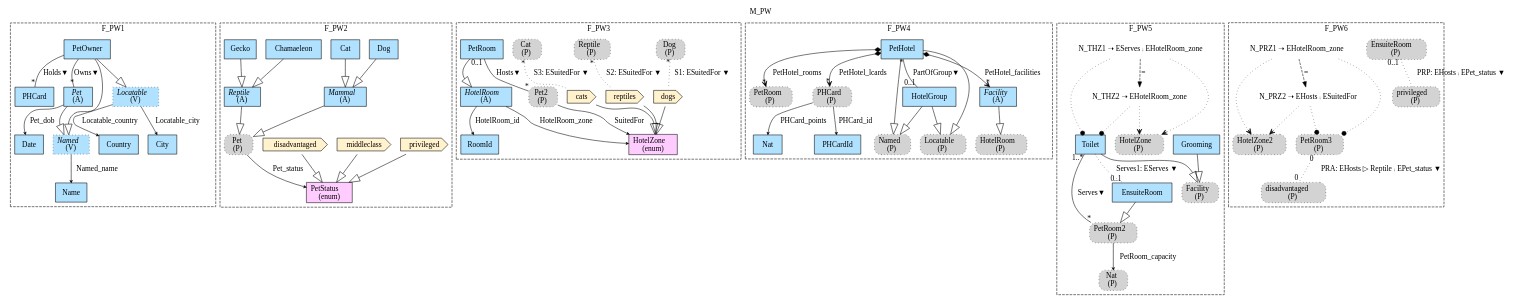
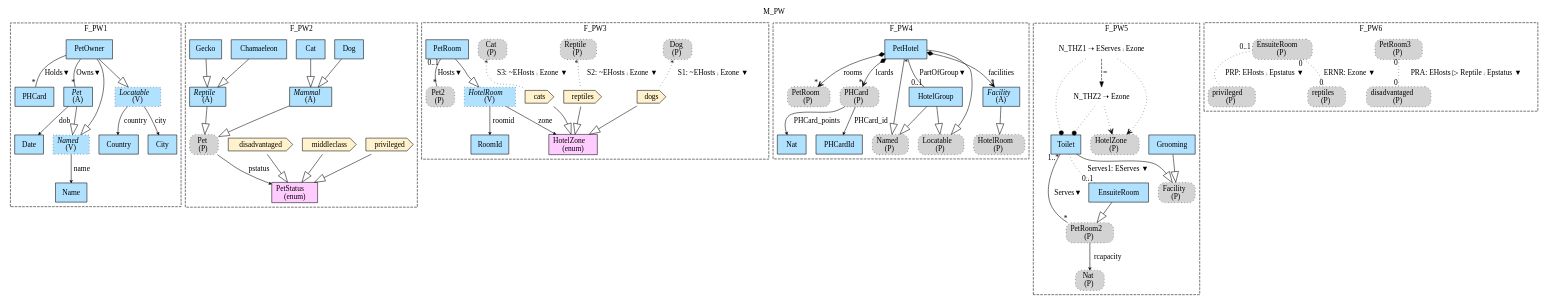
The diagram in Haskell/FragmentaTests/PetsWorld/img/M_PW_Mdl.gv (namalio/Fragmenta), drawn with Graphviz before and after one commit. The commit also changed 25 other files, not shown here.

```diff
--- a/Haskell/FragmentaTests/PetsWorld/img/M_PW_Mdl.gv
+++ b/Haskell/FragmentaTests/PetsWorld/img/M_PW_Mdl.gv
@@ -1,165 +1,156 @@
 digraph {graph[label=M_PW,labelloc=tl,labelfontsize=12];
 subgraph cluster_F_PW1{style=dashed;label=F_PW1;
 "Name"[shape=record,fillcolor=lightskyblue1,style = filled,label="Name"];
 "Country"[shape=record,fillcolor=lightskyblue1,style = filled,label="Country"];
 "City"[shape=record,fillcolor=lightskyblue1,style = filled,label="City"];
 "Date"[shape=record,fillcolor=lightskyblue1,style = filled,label="Date"];
 "PHCard"[shape=record,fillcolor=lightskyblue1,style = filled,label="PHCard"];
 "Pet"[shape=record,fillcolor=lightskyblue1,style = filled,label=<{<I>Pet</I><br/>(A)}>];
 "Named"[shape=record,fillcolor=lightskyblue1,style ="filled,dotted",label=<{<I>Named</I><br/>(V)}>];
 "PetOwner"[shape=record,fillcolor=lightskyblue1,style = filled,label="PetOwner"];
 "Locatable"[shape=record,fillcolor=lightskyblue1,style ="filled,dotted",label=<{<I>Locatable</I><br/>(V)}>];
 
-"Named"->"Name"[label="Named_name",arrowhead=vee,headlabel="",arrowsize=.5];
-"Locatable"->"Country"[label="Locatable_country",arrowhead=vee,headlabel="",arrowsize=.5];
-"Locatable"->"City"[label="Locatable_city",arrowhead=vee,headlabel="",arrowsize=.5];
-"Pet"->"Date"[label="Pet_dob",arrowhead=vee,headlabel="",arrowsize=.5];
+"Named"->"Name"[label="name",arrowhead=vee,headlabel="",arrowsize=.5];
+"Locatable"->"Country"[label="country",arrowhead=vee,headlabel="",arrowsize=.5];
+"Locatable"->"City"[label="city",arrowhead=vee,headlabel="",arrowsize=.5];
+"Pet"->"Date"[label="dob",arrowhead=vee,headlabel="",arrowsize=.5];
 "PetOwner"->"Pet"[label="Owns▼",dir=none,taillabel="",headlabel="*"];
 "PetOwner"->"PHCard"[label="Holds▼",dir=none,taillabel="",headlabel="*"];
 "Pet"->"Named"[arrowhead=onormal,arrowsize=2.0];
 "PetOwner"->"Named"[arrowhead=onormal,arrowsize=2.0];
 "PetOwner"->"Locatable"[arrowhead=onormal,arrowsize=2.0];
 
 }
 subgraph cluster_F_PW2{style=dashed;label=F_PW2;
 "privileged"[shape=cds,fillcolor="#FFF2CC",style = filled,label="privileged"];
 "middleclass"[shape=cds,fillcolor="#FFF2CC",style = filled,label="middleclass"];
 "disadvantaged"[shape=cds,fillcolor="#FFF2CC",style = filled,label="disadvantaged"];
 "PetStatus"[shape=record,fillcolor="#FFCCFF",style = filled,label="PetStatus\l(enum)"];
 "PPet"[shape=box,fillcolor=lightgray,style ="rounded,filled,dotted",label=<Pet<br/>(P)>];
 "Dog"[shape=record,fillcolor=lightskyblue1,style = filled,label="Dog"];
 "Cat"[shape=record,fillcolor=lightskyblue1,style = filled,label="Cat"];
 "Mammal"[shape=record,fillcolor=lightskyblue1,style = filled,label=<{<I>Mammal</I><br/>(A)}>];
 "Chamaeleon"[shape=record,fillcolor=lightskyblue1,style = filled,label="Chamaeleon"];
 "Gecko"[shape=record,fillcolor=lightskyblue1,style = filled,label="Gecko"];
 "Reptile"[shape=record,fillcolor=lightskyblue1,style = filled,label=<{<I>Reptile</I><br/>(A)}>];
 
 "privileged"->"PetStatus"[arrowhead=onormal,arrowsize=2.0];
 "middleclass"->"PetStatus"[arrowhead=onormal,arrowsize=2.0];
 "disadvantaged"->"PetStatus"[arrowhead=onormal,arrowsize=2.0];
-"PPet"->"PetStatus"[label="Pet_status",arrowhead=vee,headlabel="",arrowsize=.5];
+"PPet"->"PetStatus"[label="pstatus",arrowhead=vee,headlabel="",arrowsize=.5];
 "Mammal"->"PPet"[arrowhead=onormal,arrowsize=2.0];
 "Reptile"->"PPet"[arrowhead=onormal,arrowsize=2.0];
 "Dog"->"Mammal"[arrowhead=onormal,arrowsize=2.0];
 "Cat"->"Mammal"[arrowhead=onormal,arrowsize=2.0];
 "Chamaeleon"->"Reptile"[arrowhead=onormal,arrowsize=2.0];
 "Gecko"->"Reptile"[arrowhead=onormal,arrowsize=2.0];
 
 }
 
 subgraph cluster_F_PW3{style=dashed;label=F_PW3;
 "PPet2"[shape=box,fillcolor=lightgray,style ="rounded,filled,dotted",label=<Pet2<br/>(P)>];
 "RoomId"[shape=record,fillcolor=lightskyblue1,style = filled,label="RoomId"];
 "HotelZone"[shape=record,fillcolor="#FFCCFF",style = filled,label="HotelZone\l(enum)"];
 "PDog"[shape=box,fillcolor=lightgray,style ="rounded,filled,dotted",label=<Dog<br/>(P)>];
 "dogs"[shape=cds,fillcolor="#FFF2CC",style = filled,label="dogs"];
 "PReptile"[shape=box,fillcolor=lightgray,style ="rounded,filled,dotted",label=<Reptile<br/>(P)>];
 "reptiles"[shape=cds,fillcolor="#FFF2CC",style = filled,label="reptiles"];
 "PCat"[shape=box,fillcolor=lightgray,style ="rounded,filled,dotted",label=<Cat<br/>(P)>];
 "cats"[shape=cds,fillcolor="#FFF2CC",style = filled,label="cats"];
 "PetRoom"[shape=record,fillcolor=lightskyblue1,style = filled,label="PetRoom"];
-"HotelRoom"[shape=record,fillcolor=lightskyblue1,style = filled,label=<{<I>HotelRoom</I><br/>(A)}>];
+"HotelRoom"[shape=record,fillcolor=lightskyblue1,style ="filled,dotted",label=<{<I>HotelRoom</I><br/>(V)}>];
 
 "dogs"->"HotelZone"[arrowhead=onormal,arrowsize=2.0];
 "reptiles"->"HotelZone"[arrowhead=onormal,arrowsize=2.0];
 "cats"->"HotelZone"[arrowhead=onormal,arrowsize=2.0];
 "PetRoom"->"PPet2"[label="Hosts▼",dir=none,taillabel="0..1",headlabel="*"];
-"PPet2"->"HotelZone"[label="SuitedFor",arrowhead=vee,headlabel="",arrowsize=.5];
-"HotelRoom"->"RoomId"[label="HotelRoom_id",arrowhead=vee,headlabel="",arrowsize=.5];
-"HotelRoom"->"HotelZone"[label="HotelRoom_zone",arrowhead=vee,headlabel="",arrowsize=.5];
-"PDog"->"dogs"[label="S1: ESuitedFor ▼",dir=none,taillabel="*",headlabel="",style=dotted];
-"PReptile"->"reptiles"[label="S2: ESuitedFor ▼",dir=none,taillabel="*",headlabel="",style=dotted];
-"PCat"->"cats"[label="S3: ESuitedFor ▼",dir=none,taillabel="*",headlabel="",style=dotted];
+"HotelRoom"->"RoomId"[label="roomid",arrowhead=vee,headlabel="",arrowsize=.5];
+"HotelRoom"->"HotelZone"[label="zone",arrowhead=vee,headlabel="",arrowsize=.5];
+"PDog"->"dogs"[label="S1: ~EHosts ⨾ Ezone ▼",dir=none,taillabel="*",headlabel="",style=dotted];
+"PReptile"->"reptiles"[label="S2: ~EHosts ⨾ Ezone ▼",dir=none,taillabel="*",headlabel="",style=dotted];
+"PCat"->"cats"[label="S3: ~EHosts ⨾ Ezone ▼",dir=none,taillabel="*",headlabel="",style=dotted];
 "PetRoom"->"HotelRoom"[arrowhead=onormal,arrowsize=2.0];
 
 }
 
 
 
 
 subgraph cluster_F_PW4{style=dashed;label=F_PW4;
 "PPetRoom"[shape=box,fillcolor=lightgray,style ="rounded,filled,dotted",label=<PetRoom<br/>(P)>];
 "Nat"[shape=record,fillcolor=lightskyblue1,style = filled,label="Nat"];
 "PPHCard"[shape=box,fillcolor=lightgray,style ="rounded,filled,dotted",label=<PHCard<br/>(P)>];
 "PHCardId"[shape=record,fillcolor=lightskyblue1,style = filled,label="PHCardId"];
 "PetHotel"[shape=record,fillcolor=lightskyblue1,style = filled,label="PetHotel"];
 "PNamed"[shape=box,fillcolor=lightgray,style ="rounded,filled,dotted",label=<Named<br/>(P)>];
 "HotelGroup"[shape=record,fillcolor=lightskyblue1,style = filled,label="HotelGroup"];
 "PLocatable"[shape=box,fillcolor=lightgray,style ="rounded,filled,dotted",label=<Locatable<br/>(P)>];
 "Facility"[shape=record,fillcolor=lightskyblue1,style = filled,label=<{<I>Facility</I><br/>(A)}>];
 "PHotelRoom"[shape=box,fillcolor=lightgray,style ="rounded,filled,dotted",label=<HotelRoom<br/>(P)>];
 
 "PetHotel"->"HotelGroup"[label="PartOfGroup▼",dir=none,taillabel="*",headlabel="0..1"];
-"PetHotel"->"PPHCard"[label="PetHotel_lcards",arrowhead=vee,arrowtail=diamond,dir=both,headlabel="*"];
-"PetHotel"->"Facility"[label="PetHotel_facilities",arrowhead=vee,arrowtail=diamond,dir=both,headlabel="*"];
-"PetHotel"->"PPetRoom"[label="PetHotel_rooms",arrowhead=vee,arrowtail=diamond,dir=both,headlabel="*"];
+"PetHotel"->"PPHCard"[label="lcards",arrowhead=vee,arrowtail=diamond,dir=both,headlabel="*"];
+"PetHotel"->"Facility"[label="facilities",arrowhead=vee,arrowtail=diamond,dir=both,headlabel="*"];
+"PetHotel"->"PPetRoom"[label="rooms",arrowhead=vee,arrowtail=diamond,dir=both,headlabel="*"];
 "PPHCard"->"Nat"[label="PHCard_points",arrowhead=vee,headlabel="",arrowsize=.5];
 "PPHCard"->"PHCardId"[label="PHCard_id",arrowhead=vee,headlabel="",arrowsize=.5];
 "PetHotel"->"PNamed"[arrowhead=onormal,arrowsize=2.0];
 "PetHotel"->"PLocatable"[arrowhead=onormal,arrowsize=2.0];
 "HotelGroup"->"PNamed"[arrowhead=onormal,arrowsize=2.0];
 "HotelGroup"->"PLocatable"[arrowhead=onormal,arrowsize=2.0];
 "Facility"->"PHotelRoom"[arrowhead=onormal,arrowsize=2.0];
 
 }
 
 
 
 
 
 subgraph cluster_F_PW5{style=dashed;label=F_PW5;
 "PNat"[shape=box,fillcolor=lightgray,style ="rounded,filled,dotted",label=<Nat<br/>(P)>];
 "Grooming"[shape=record,fillcolor=lightskyblue1,style = filled,label="Grooming"];
 "PFacility"[shape=box,fillcolor=lightgray,style ="rounded,filled,dotted",label=<Facility<br/>(P)>];
 "PPetRoom2"[shape=box,fillcolor=lightgray,style ="rounded,filled,dotted",label=<PetRoom2<br/>(P)>];
 "EnsuiteRoom"[shape=record,fillcolor=lightskyblue1,style = filled,label="EnsuiteRoom"];
 "Toilet"[shape=record,fillcolor=lightskyblue1,style = filled,label="Toilet"];
 "PHotelZone"[shape=box,fillcolor=lightgray,style ="rounded,filled,dotted",label=<HotelZone<br/>(P)>];
 
-"PPetRoom2"->"PNat"[label="PetRoom_capacity",arrowhead=vee,headlabel="",arrowsize=.5];
+"PPetRoom2"->"PNat"[label="rcapacity",arrowhead=vee,headlabel="",arrowsize=.5];
 "EnsuiteRoom"->"PPetRoom2"[arrowhead=onormal,arrowsize=2.0];
 "Toilet"->"PFacility"[arrowhead=onormal,arrowsize=2.0];
 "Grooming"->"PFacility"[arrowhead=onormal,arrowsize=2.0];
 "Toilet"->"PPetRoom2"[label="Serves▼",dir=none,taillabel="1..*",headlabel="*"];
 "Toilet"->"EnsuiteRoom"[label="Serves1: EServes ▼",dir=none,taillabel="",headlabel="0..1",style=dotted];
-"N_THZ1"[shape=none,label="N_THZ1 ➝ EServes ⨾ EHotelRoom_zone"];
+"N_THZ1"[shape=none,label="N_THZ1 ➝ EServes ⨾ Ezone"];
 "N_THZ1"->"Toilet"[arrowhead=dot,style=dotted];
 "N_THZ1"->"PHotelZone"[arrowhead=vee,style=dotted];
 
-"N_THZ2"[shape=none,label="N_THZ2 ➝ EHotelRoom_zone"];
+"N_THZ2"[shape=none,label="N_THZ2 ➝ Ezone"];
 "N_THZ2"->"Toilet"[arrowhead=dot,style=dotted];
 "N_THZ2"->"PHotelZone"[arrowhead=vee,style=dotted];
 
 "N_THZ1"->"N_THZ2"[arrowhead=normal,style=dashed, label = "="];
 
 }
 
 
 
 
 subgraph cluster_F_PW6{style=dashed;label=F_PW6;
+"PPetRoom3"[shape=box,fillcolor=lightgray,style ="rounded,filled,dotted",label=<PetRoom3<br/>(P)>];
 "Pdisadvantaged"[shape=box,fillcolor=lightgray,style ="rounded,filled,dotted",label=<disadvantaged<br/>(P)>];
+"Pprivileged"[shape=box,fillcolor=lightgray,style ="rounded,filled,dotted",label=<privileged<br/>(P)>];
 "PEnsuiteRoom"[shape=box,fillcolor=lightgray,style ="rounded,filled,dotted",label=<EnsuiteRoom<br/>(P)>];
-"Pprivileged"[shape=box,fillcolor=lightgray,style ="rounded,filled,dotted",label=<privileged<br/>(P)>];
-"PPetRoom3"[shape=box,fillcolor=lightgray,style ="rounded,filled,dotted",label=<PetRoom3<br/>(P)>];
-"PHotelZone2"[shape=box,fillcolor=lightgray,style ="rounded,filled,dotted",label=<HotelZone2<br/>(P)>];
+"Preptiles"[shape=box,fillcolor=lightgray,style ="rounded,filled,dotted",label=<reptiles<br/>(P)>];
 
-"PPetRoom3"->"Pdisadvantaged"[label="PRA: EHosts ▷ Reptile ⨾ EPet_status ▼",dir=none,taillabel="0",headlabel="0",style=dotted];
-"PEnsuiteRoom"->"Pprivileged"[label="PRP: EHosts ⨾ EPet_status ▼",dir=none,taillabel="0..1",headlabel="",style=dotted];
-"N_PRZ1"[shape=none,label="N_PRZ1 ➝ EHotelRoom_zone"];
-"N_PRZ1"->"PPetRoom3"[arrowhead=dot,style=dotted];
-"N_PRZ1"->"PHotelZone2"[arrowhead=vee,style=dotted];
-
-"N_PRZ2"[shape=none,label="N_PRZ2 ➝ EHosts ⨾ ESuitedFor"];
-"N_PRZ2"->"PPetRoom3"[arrowhead=dot,style=dotted];
-"N_PRZ2"->"PHotelZone2"[arrowhead=vee,style=dotted];
-
-"N_PRZ1"->"N_PRZ2"[arrowhead=normal,style=dashed, label = "="];
+"PPetRoom3"->"Pdisadvantaged"[label="PRA: EHosts ▷ Reptile ⨾ Epstatus ▼",dir=none,taillabel="0",headlabel="0",style=dotted];
+"PEnsuiteRoom"->"Pprivileged"[label="PRP: EHosts ⨾ Epstatus ▼",dir=none,taillabel="0..1",headlabel="",style=dotted];
+"PEnsuiteRoom"->"Preptiles"[label="ERNR: Ezone ▼",dir=none,taillabel="0",headlabel="0",style=dotted];
 
 }
 
 
 
 
 
 }
```
